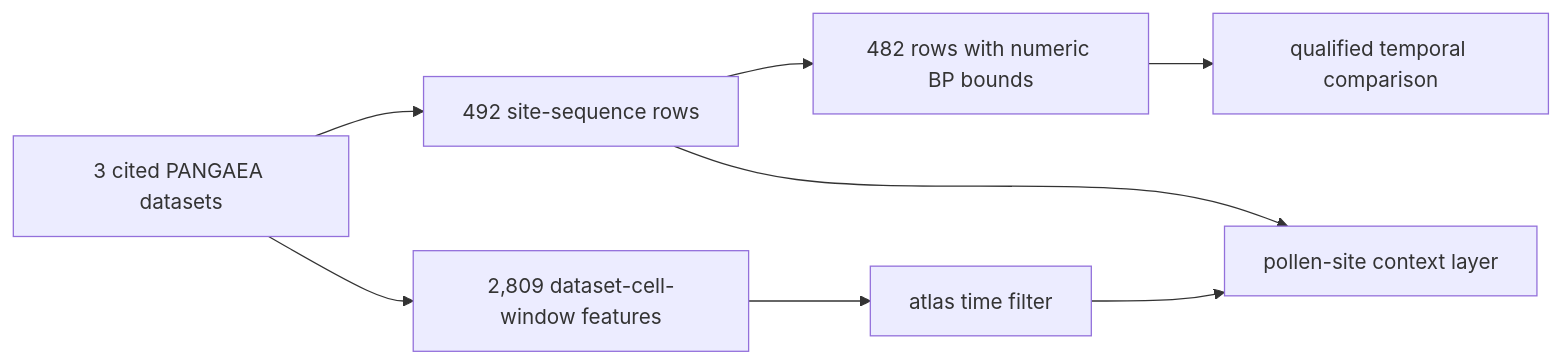
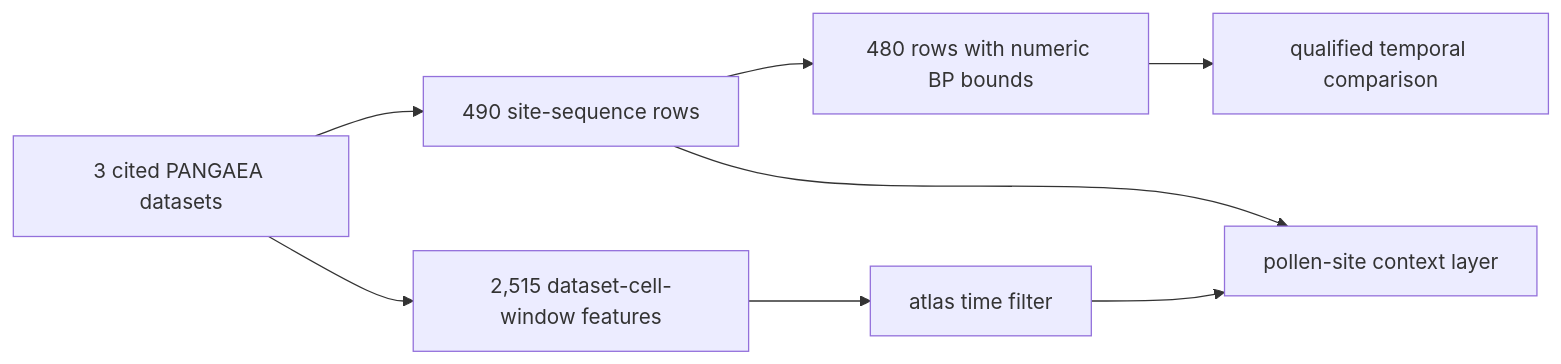
The first of 2 diagrams in docs/public/pollenomics-data/publications/landclim-exports.md (bijux/bijux-pollenomics), drawn with Mermaid before and after one commit. The commit also changed other lines of this file and 7 other files, not shown here.

````diff
--- a/docs/public/pollenomics-data/publications/landclim-exports.md
+++ b/docs/public/pollenomics-data/publications/landclim-exports.md
@@ -51,10 +51,10 @@
 ```mermaid
 flowchart LR
-    Datasets["3 cited PANGAEA datasets"] --> Sites["492 site-sequence rows"]
-    Datasets --> Grids["2,809 dataset-cell-window features"]
-    Sites --> Time["482 rows with numeric BP bounds"]
+    Datasets["3 cited PANGAEA datasets"] --> Sites["490 site-sequence rows"]
+    Datasets --> Grids["2,515 dataset-cell-window features"]
+    Sites --> Time["480 rows with numeric BP bounds"]
     Sites --> Context["pollen-site context layer"]
     Grids --> Filter["atlas time filter"]
     Filter --> Context
     Time --> Compare["qualified temporal comparison"]
 ```
````
